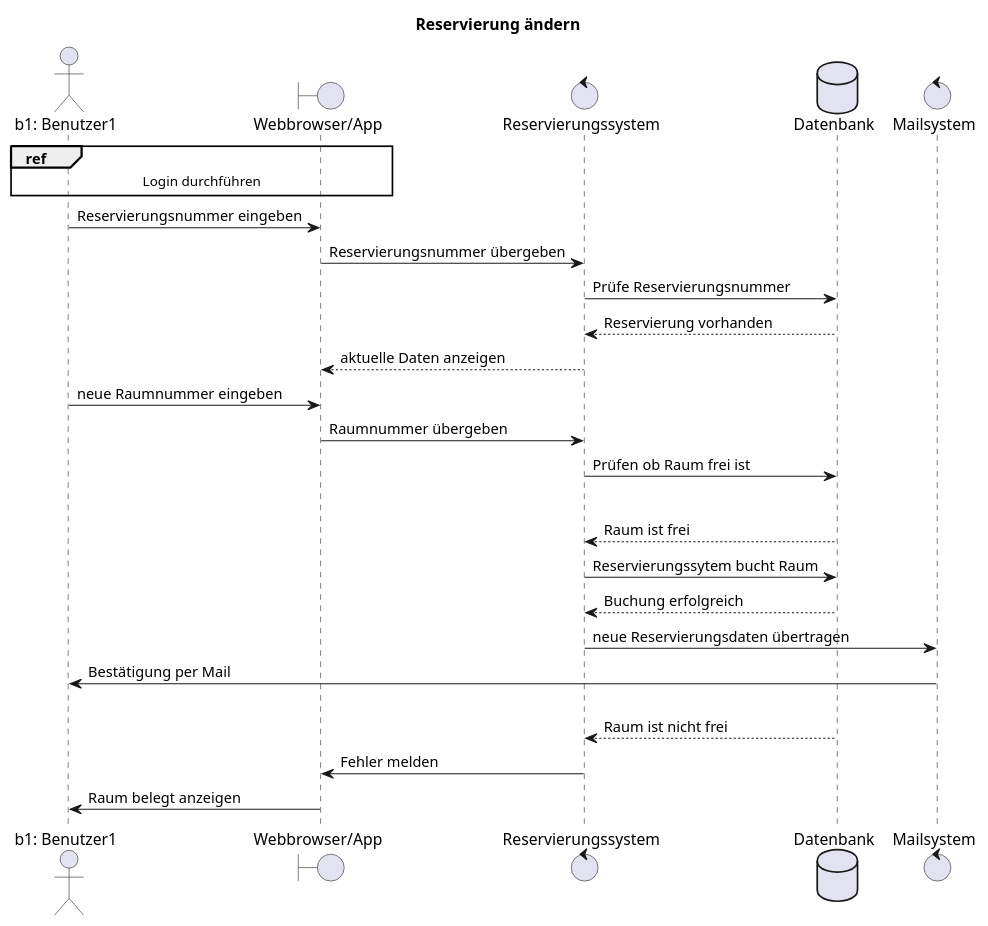
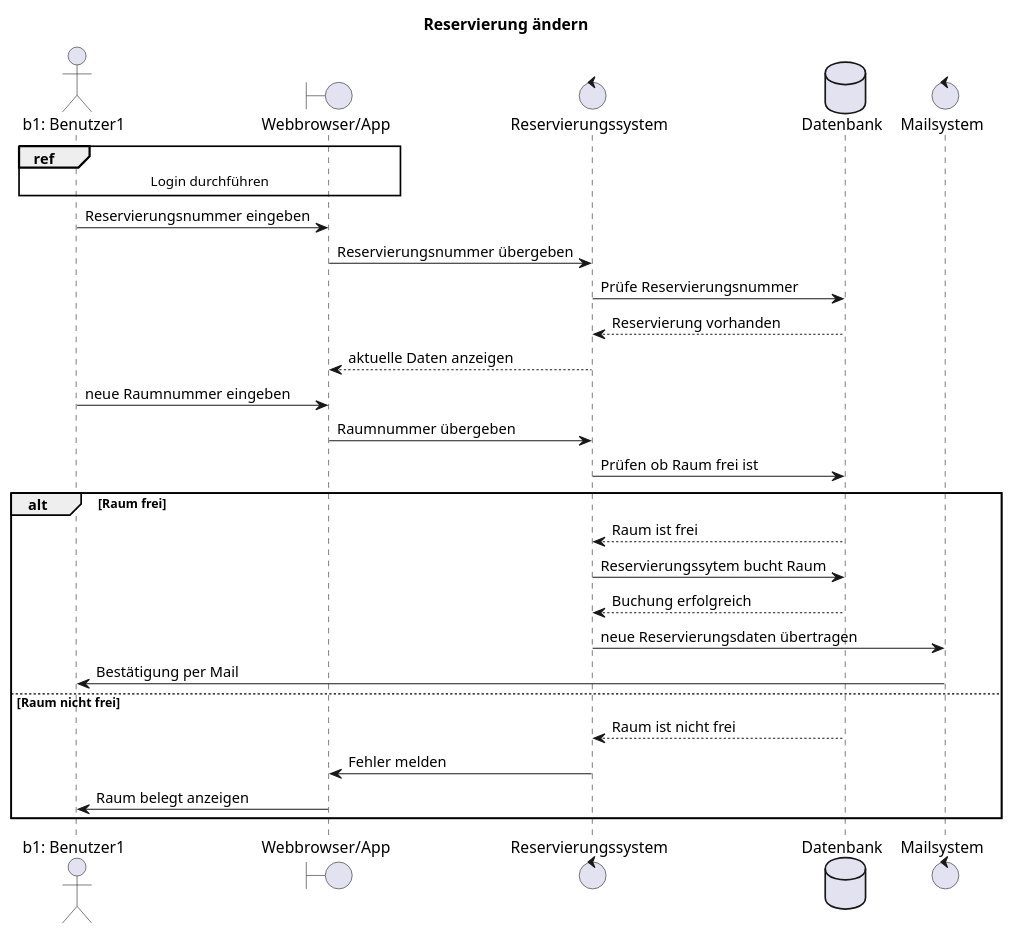
One commit to fischy93/UML_Hagenberg2024-2025 changed the second of 2 diagrams in Sequenzdiagramm.puml. Above: the diagram before and after it, drawn with PlantUML. The commit also changed 1 other file, not shown here.

```diff
--- a/Sequenzdiagramm.puml
+++ b/Sequenzdiagramm.puml
@@ -15,32 +15,35 @@
 @startuml
 
 title "Reservierung ändern"
 
 actor "b1: Benutzer1" as b1
 boundary "Webbrowser/App" as app 
 control "Reservierungssystem" as rs 
 database "Datenbank" as db
 control "Mailsystem" as mail
+
 ref over b1, app
     Login durchführen
 end ref
+
 b1 -> app: Reservierungsnummer eingeben
 app -> rs: Reservierungsnummer übergeben
 rs -> db: Prüfe Reservierungsnummer
 db --> rs: Reservierung vorhanden
 rs --> app: aktuelle Daten anzeigen
 b1 -> app: neue Raumnummer eingeben
 app ->rs: Raumnummer übergeben
 rs -> db: Prüfen ob Raum frei ist
 alt Raum frei
 db --> rs: Raum ist frei
 rs -> db: Reservierungssytem bucht Raum
 db --> rs: Buchung erfolgreich
 rs -> mail: neue Reservierungsdaten übertragen
 mail -> b1: Bestätigung per Mail
 else Raum nicht frei
 db --> rs: Raum ist nicht frei
 rs -> app: Fehler melden
 app -> b1: Raum belegt anzeigen
+end alt
 
 @enduml
```
